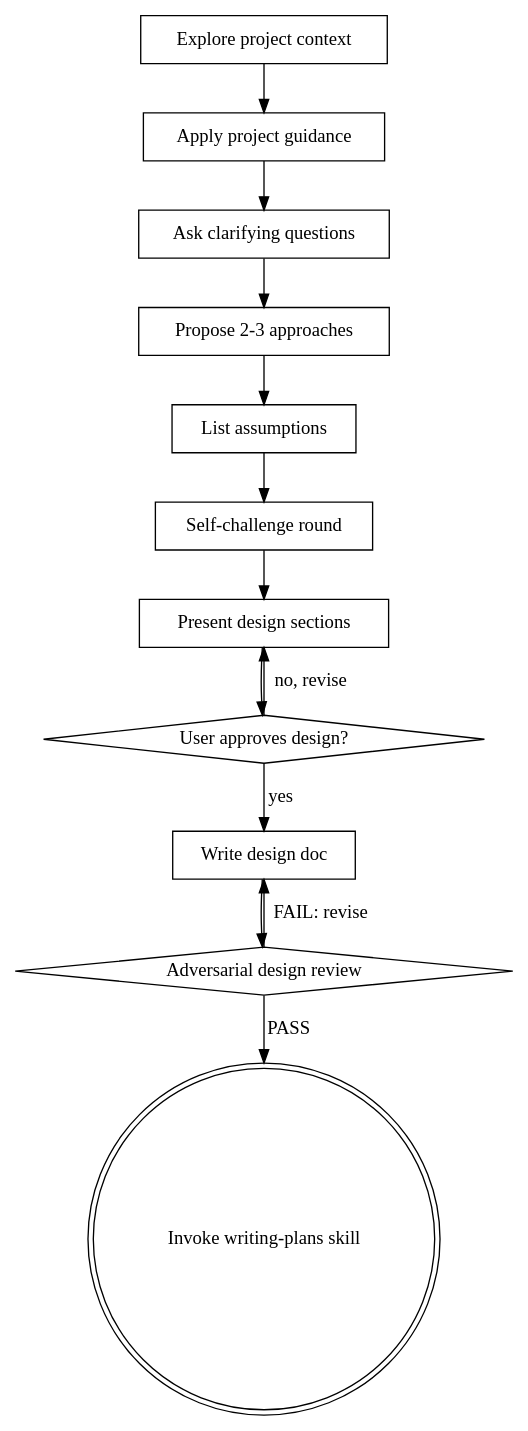
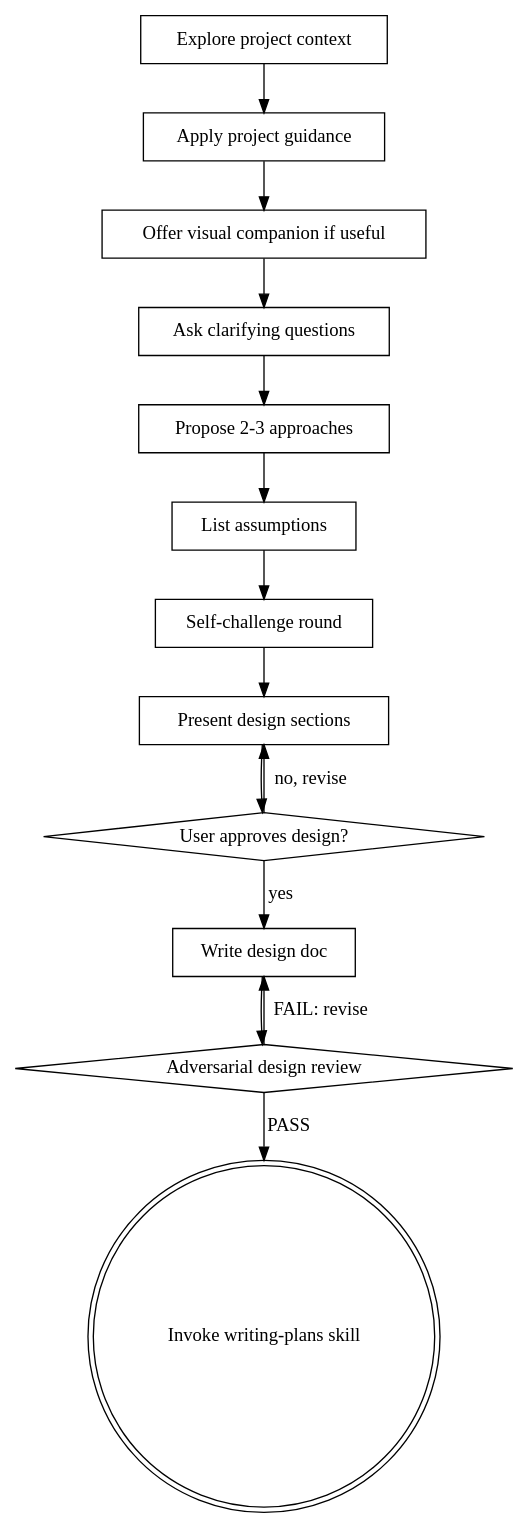
One commit to GoCodeAlone/autonomous-dev-kit changed the diagram in skills/brainstorming/SKILL.md. Above: the diagram before and after it, drawn with Graphviz. The commit also changed other lines of this file and 13 other files, not shown here.

First line of the commit message:
Add brainstorm visual companion guidance

````diff
--- a/skills/brainstorming/SKILL.md
+++ b/skills/brainstorming/SKILL.md
@@ -41,28 +42,30 @@
 ```dot
 digraph brainstorming {
     "Explore project context" [shape=box];
     "Apply project guidance" [shape=box];
+    "Offer visual companion if useful" [shape=box];
     "Ask clarifying questions" [shape=box];
     "Propose 2-3 approaches" [shape=box];
     "List assumptions" [shape=box];
     "Self-challenge round" [shape=box];
     "Present design sections" [shape=box];
     "User approves design?" [shape=diamond];
     "Write design doc" [shape=box];
     "Adversarial design review" [shape=diamond];
     "Invoke writing-plans skill" [shape=doublecircle];
 
     "Explore project context" -> "Apply project guidance";
-    "Apply project guidance" -> "Ask clarifying questions";
+    "Apply project guidance" -> "Offer visual companion if useful";
+    "Offer visual companion if useful" -> "Ask clarifying questions";
     "Ask clarifying questions" -> "Propose 2-3 approaches";
     "Propose 2-3 approaches" -> "List assumptions";
     "List assumptions" -> "Self-challenge round";
     "Self-challenge round" -> "Present design sections";
     "Present design sections" -> "User approves design?";
     "User approves design?" -> "Present design sections" [label="no, revise"];
     "User approves design?" -> "Write design doc" [label="yes"];
     "Write design doc" -> "Adversarial design review";
     "Adversarial design review" -> "Write design doc" [label="FAIL: revise"];
     "Adversarial design review" -> "Invoke writing-plans skill" [label="PASS"];
 }
 ```
````
